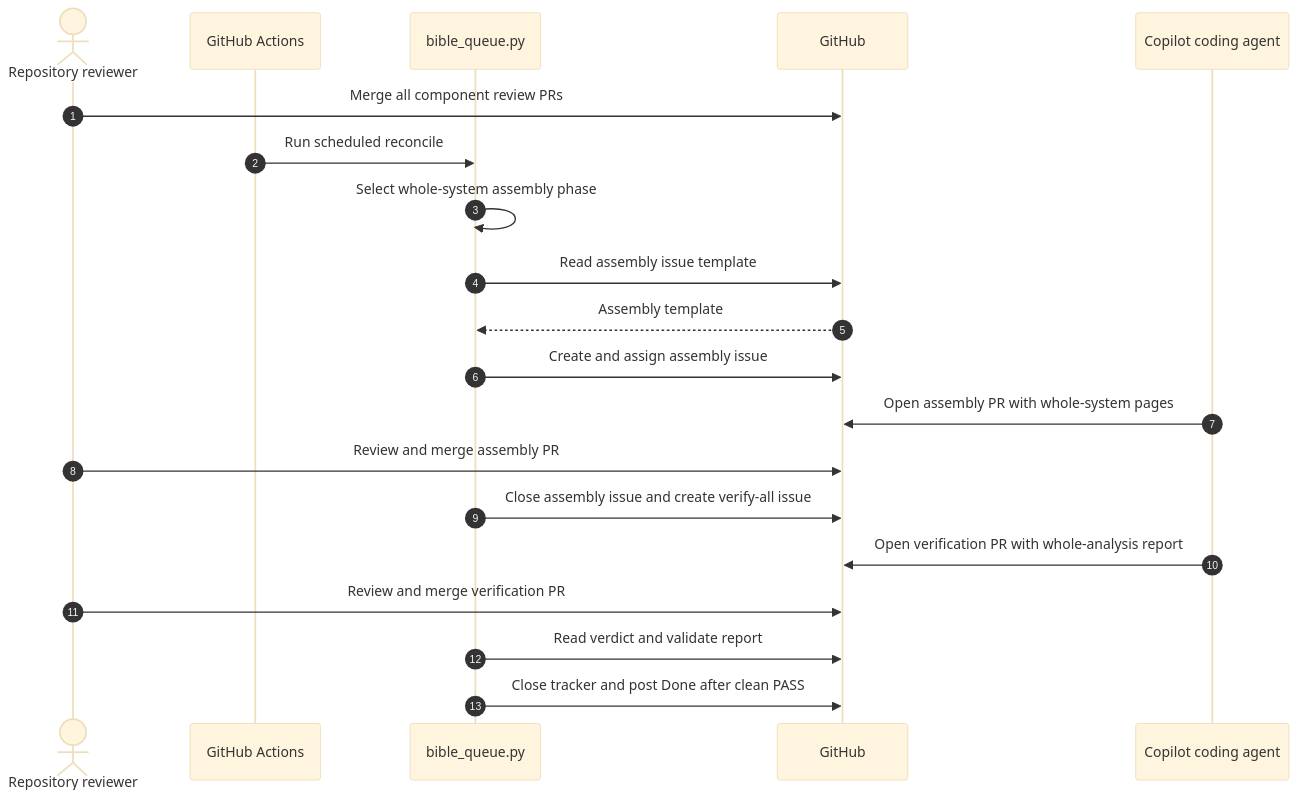
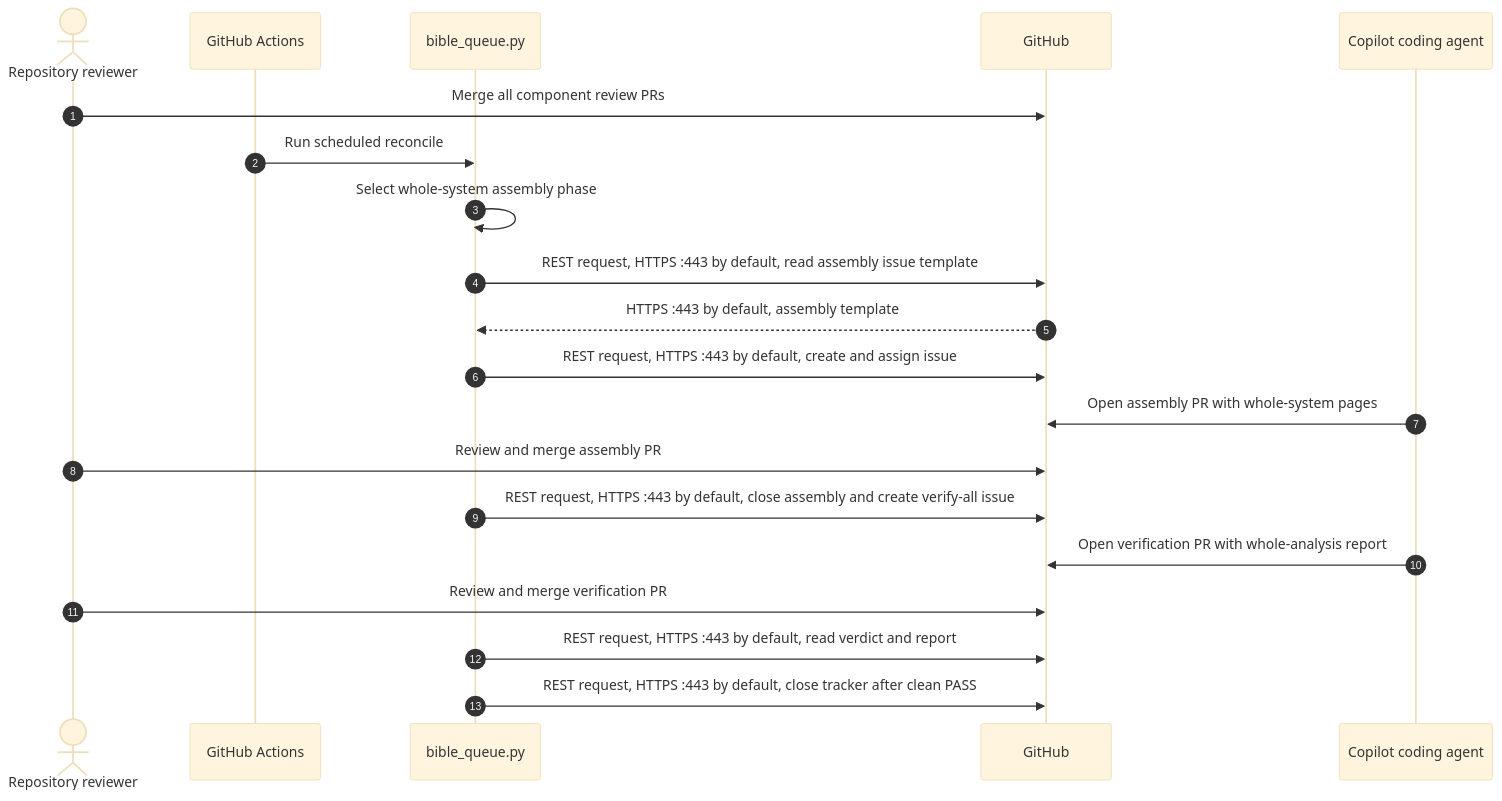
Before and after one commit to vishalc412/bible-mode-b-test: the fourth of 10 diagrams in codebase-analysis/hld/05-key-flows.md, drawn with Mermaid (base theme). The commit also changed other lines of this file and 27 other files, not shown here.

````diff
--- a/codebase-analysis/hld/05-key-flows.md
+++ b/codebase-analysis/hld/05-key-flows.md
@@ -154,22 +154,22 @@
 ```mermaid
 sequenceDiagram
   autonumber
   actor Reviewer as Repository reviewer
   participant Actions as GitHub Actions
   participant Queue as bible_queue.py
   participant API as GitHub
   participant Agent as Copilot coding agent
   Reviewer->>API: Merge all component review PRs
   Actions->>Queue: Run scheduled reconcile
   Queue->>Queue: Select whole-system assembly phase
-  Queue->>API: Read assembly issue template
-  API-->>Queue: Assembly template
-  Queue->>API: Create and assign assembly issue
+  Queue->>API: REST request, HTTPS :443 by default, read assembly issue template
+  API-->>Queue: HTTPS :443 by default, assembly template
+  Queue->>API: REST request, HTTPS :443 by default, create and assign issue
   Agent->>API: Open assembly PR with whole-system pages
   Reviewer->>API: Review and merge assembly PR
-  Queue->>API: Close assembly issue and create verify-all issue
+  Queue->>API: REST request, HTTPS :443 by default, close assembly and create verify-all issue
   Agent->>API: Open verification PR with whole-analysis report
   Reviewer->>API: Review and merge verification PR
-  Queue->>API: Read verdict and validate report
-  Queue->>API: Close tracker and post Done after clean PASS
+  Queue->>API: REST request, HTTPS :443 by default, read verdict and report
+  Queue->>API: REST request, HTTPS :443 by default, close tracker after clean PASS
 ```
````
